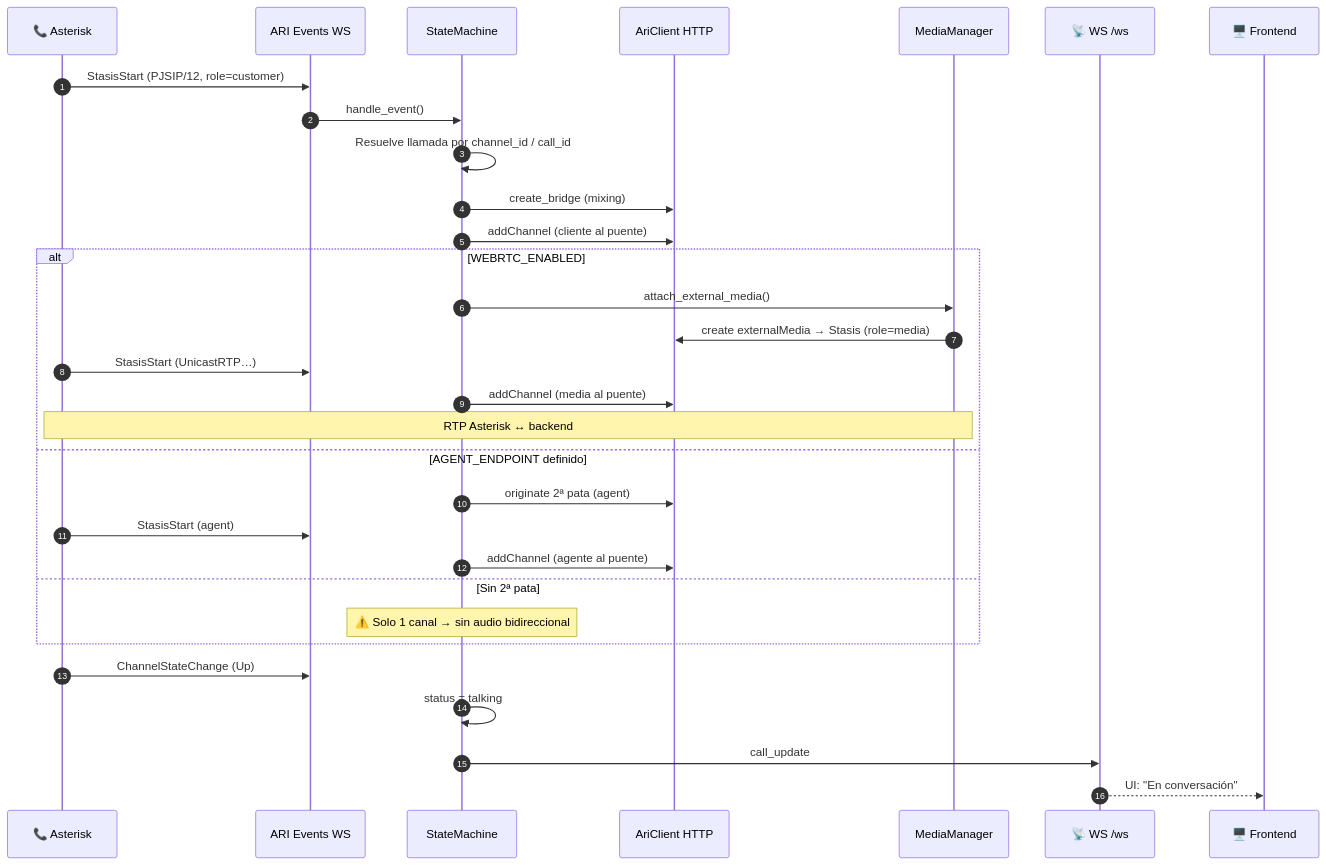
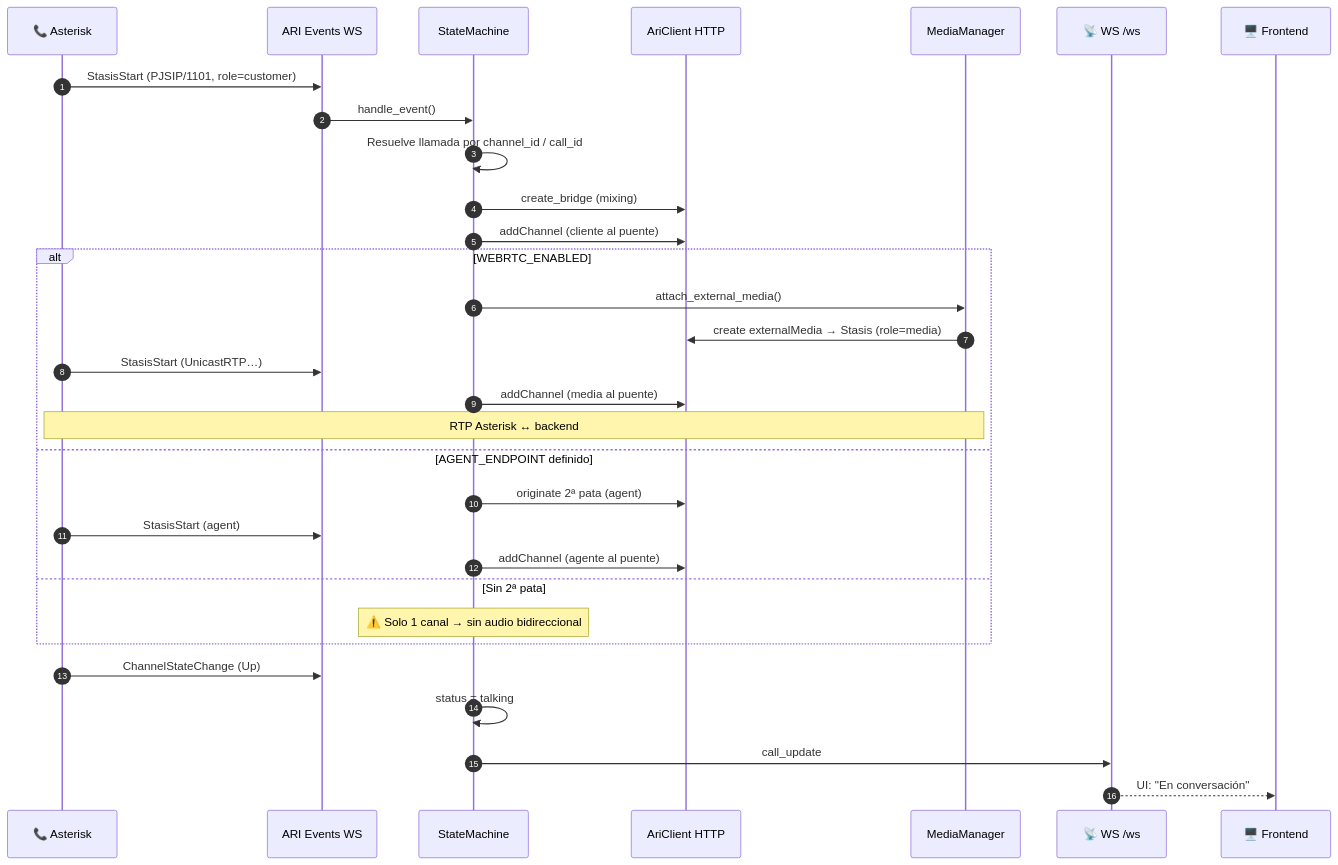
The fourth of 8 diagrams in docs/FLUJO-LLAMADAS.md (walterpisacco/llamadas-asterisk-ari), drawn with Mermaid before and after one commit. The commit also changed other lines of this file, not shown here.

Commit message:
Update call flow documentation to reflect changes in example phone number from 12 to 1101 in various sections of FLUJO-LLAMADAS.md

````diff
--- a/docs/FLUJO-LLAMADAS.md
+++ b/docs/FLUJO-LLAMADAS.md
@@ -129,36 +129,36 @@
 ```mermaid
 sequenceDiagram
     autonumber
     participant AST as 📞 Asterisk
     participant ARIw as ARI Events WS
     participant SM as StateMachine
     participant ARI as AriClient HTTP
     participant MM as MediaManager
     participant WS as 📡 WS /ws
     participant FE as 🖥️ Frontend
 
-    AST->>ARIw: StasisStart (PJSIP/12, role=customer)
+    AST->>ARIw: StasisStart (PJSIP/1101, role=customer)
     ARIw->>SM: handle_event()
     SM->>SM: Resuelve llamada por channel_id / call_id
     SM->>ARI: create_bridge (mixing)
     SM->>ARI: addChannel (cliente al puente)
 
     alt WEBRTC_ENABLED
         SM->>MM: attach_external_media()
         MM->>ARI: create externalMedia → Stasis (role=media)
         AST->>ARIw: StasisStart (UnicastRTP…)
         SM->>ARI: addChannel (media al puente)
         Note over MM,AST: RTP Asterisk ↔ backend
     else AGENT_ENDPOINT definido
         SM->>ARI: originate 2ª pata (agent)
         AST->>ARIw: StasisStart (agent)
         SM->>ARI: addChannel (agente al puente)
     else Sin 2ª pata
         Note over SM: ⚠️ Solo 1 canal → sin audio bidireccional
     end
 
     AST->>ARIw: ChannelStateChange (Up)
     SM->>SM: status = talking
     SM->>WS: call_update
     WS-->>FE: UI: "En conversación"
 ```
````
